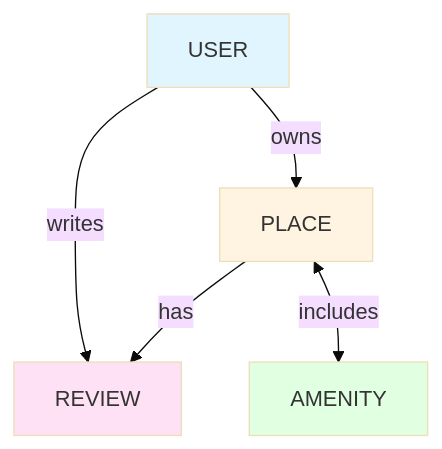
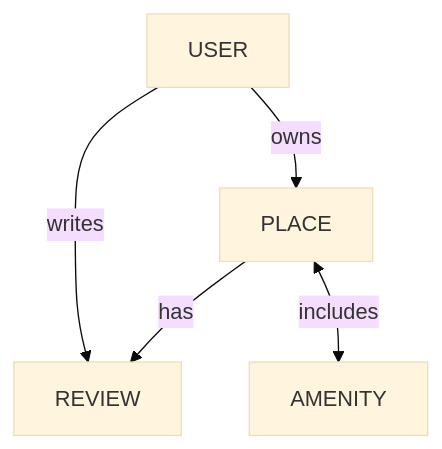
One commit to Lagui117/holbertonschool-hbnb changed the second of 2 diagrams in part3/ER_diag.md. Above: the diagram before and after it, drawn with Mermaid (base theme). The commit also changed other lines of this file and 1303 other files, not shown here.

````diff
--- a/part3/ER_diag.md
+++ b/part3/ER_diag.md
@@ -170,12 +170,12 @@
 ```mermaid
 graph TD
     A[USER] -->|owns| B[PLACE]
     A -->|writes| C[REVIEW]
     B -->|has| C
     B <-->|includes| D[AMENITY]
     
-    style A fill:#e1f5ff
-    style B fill:#fff4e1
-    style C fill:#ffe1f5
-    style D fill:#e1ffe1
+    style A fill:efff
+    style B fill:fffe
+    style C fill:ffef
+    style D fill:effe
 ```
````
